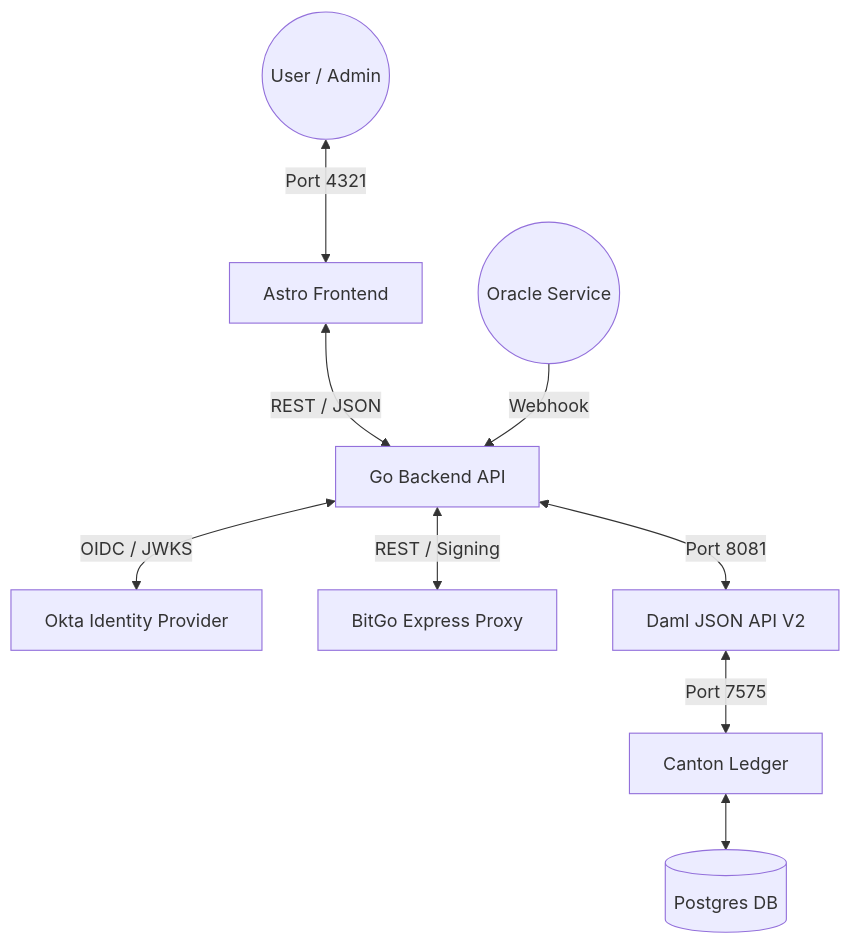
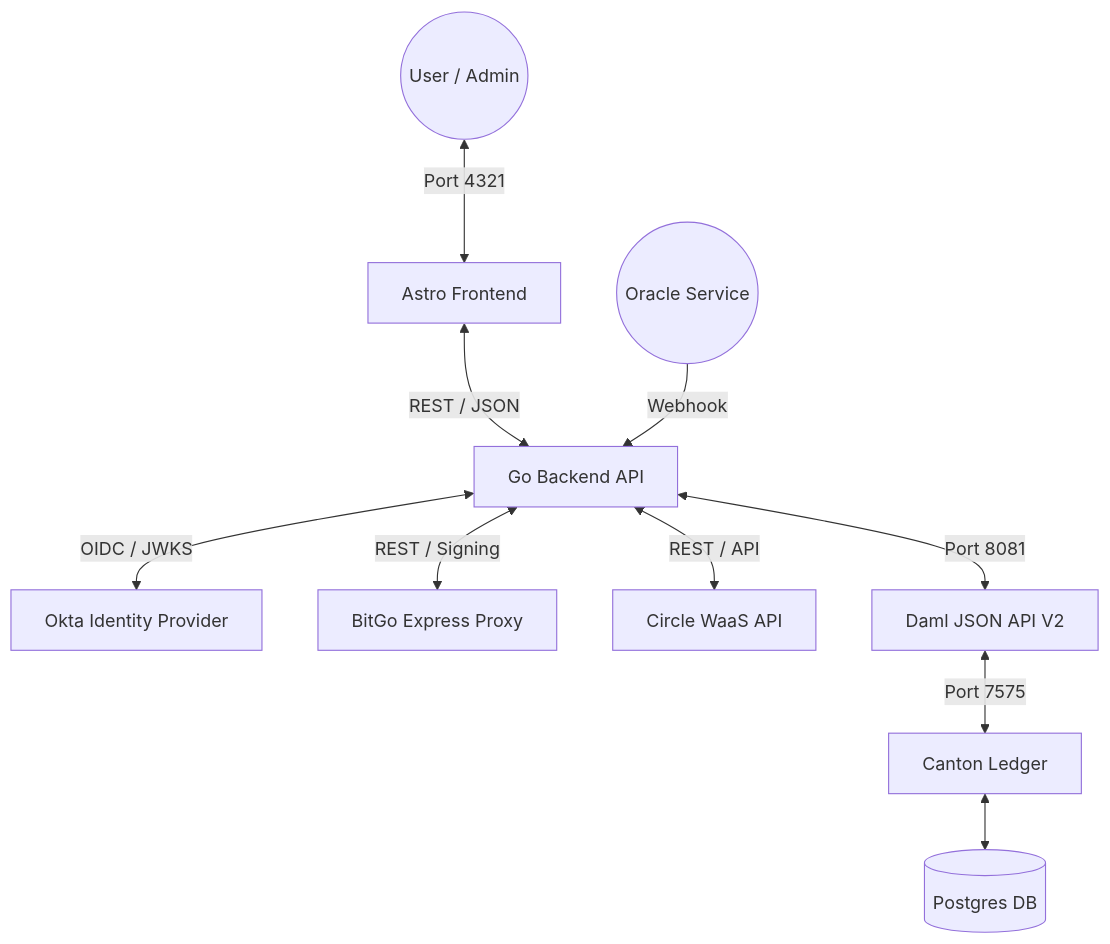
The first of 2 diagrams in README.md (dhushon/daml-escrow), drawn with Mermaid before and after one commit. The commit also changed other lines of this file and 15 other files, not shown here.

First line of the commit message:
feat(stablecoin): implement Circle WaaS integration and dynamic provider architecture (#23)

````diff
--- a/README.md
+++ b/README.md
@@ -15,11 +15,12 @@
 ```mermaid
 graph TD
     User((User / Admin)) <-->|Port 4321| Astro[Astro Frontend]
     Astro <-->|REST / JSON| Go[Go Backend API]
     Go <-->|OIDC / JWKS| Okta[Okta Identity Provider]
     Go <-->|REST / Signing| BG[BitGo Express Proxy]
+    Go <-->|REST / API| CR[Circle WaaS API]
     Go <-->|Port 8081| JSON[Daml JSON API V2]
     JSON <-->|Port 7575| Canton[Canton Ledger]
     Canton <--> DB[(Postgres DB)]
     Oracle((Oracle Service)) -->|Webhook| Go
 ```
````
